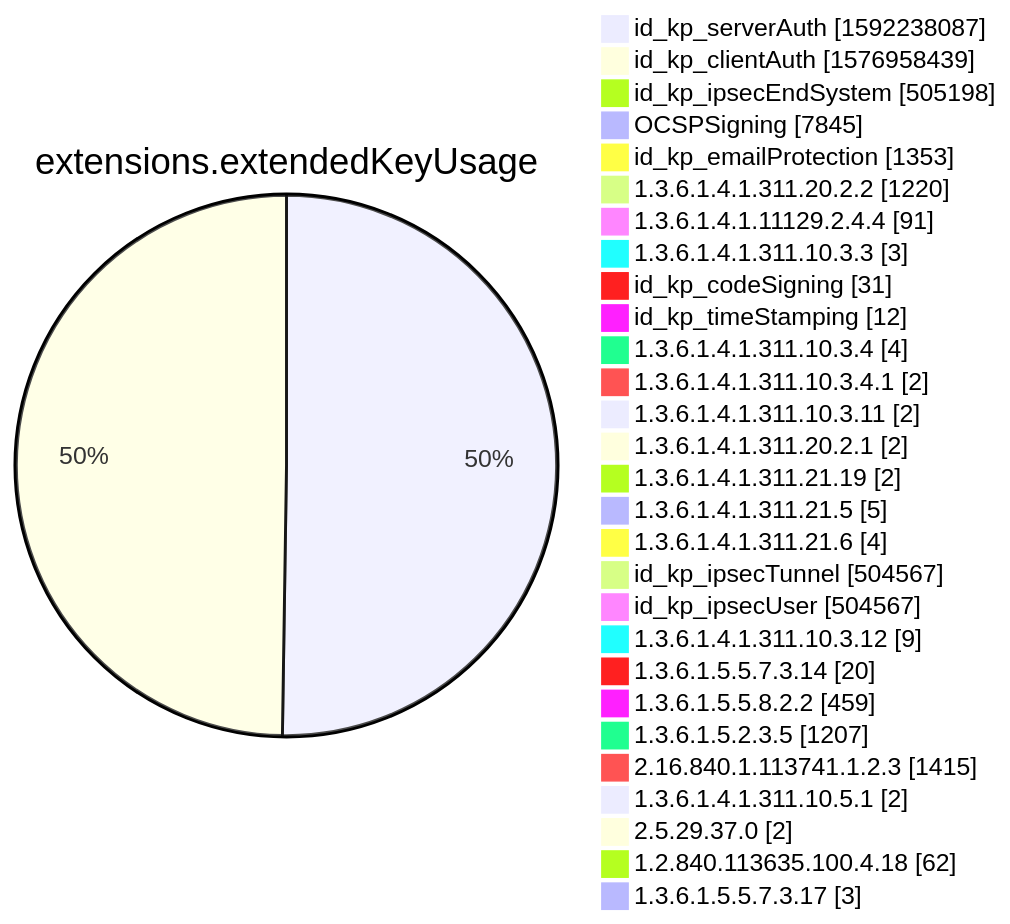
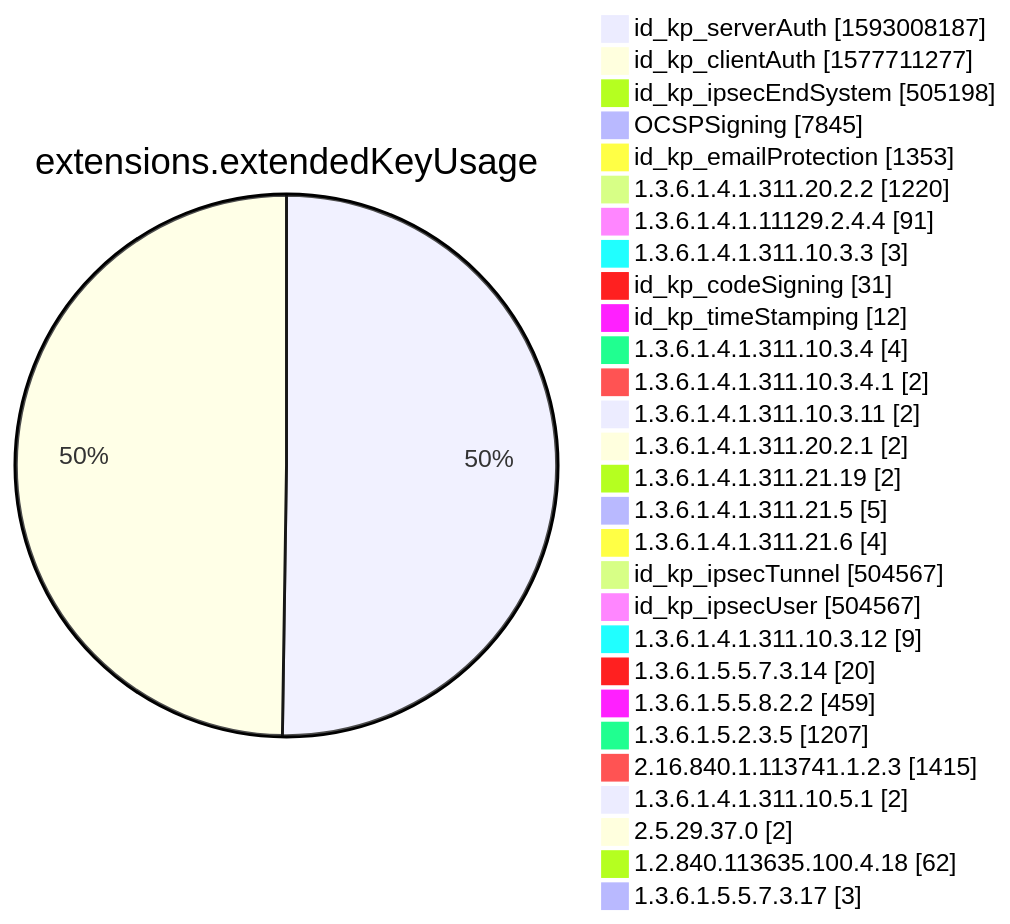
One commit to christiankrug/ctmonitor_visualization changed diagram 12 of 15 in xenon2022/README.md. Above: the diagram before and after it, drawn with Mermaid. The commit also changed other lines of this file, not shown here.

````diff
--- a/xenon2022/README.md
+++ b/xenon2022/README.md
@@ -3885,32 +3885,32 @@
 ```mermaid
 pie showData
 title extensions.extendedKeyUsage
-"id_kp_serverAuth" :1592238087
-"id_kp_clientAuth" :1576958439
+"id_kp_serverAuth" :1593008187
+"id_kp_clientAuth" :1577711277
 "id_kp_ipsecEndSystem" :505198
 "OCSPSigning" :7845
 "id_kp_emailProtection" :1353
 "1.3.6.1.4.1.311.20.2.2" :1220
 "1.3.6.1.4.1.11129.2.4.4" :91
 "1.3.6.1.4.1.311.10.3.3" :3
 "id_kp_codeSigning" :31
 "id_kp_timeStamping" :12
 "1.3.6.1.4.1.311.10.3.4" :4
 "1.3.6.1.4.1.311.10.3.4.1" :2
 "1.3.6.1.4.1.311.10.3.11" :2
 "1.3.6.1.4.1.311.20.2.1" :2
 "1.3.6.1.4.1.311.21.19" :2
 "1.3.6.1.4.1.311.21.5" :5
 "1.3.6.1.4.1.311.21.6" :4
 "id_kp_ipsecTunnel" :504567
 "id_kp_ipsecUser" :504567
 "1.3.6.1.4.1.311.10.3.12" :9
 "1.3.6.1.5.5.7.3.14" :20
 "1.3.6.1.5.5.8.2.2" :459
 "1.3.6.1.5.2.3.5" :1207
 "2.16.840.1.113741.1.2.3" :1415
 "1.3.6.1.4.1.311.10.5.1" :2
 "2.5.29.37.0" :2
 "1.2.840.113635.100.4.18" :62
 "1.3.6.1.5.5.7.3.17" :3
 ```
````
